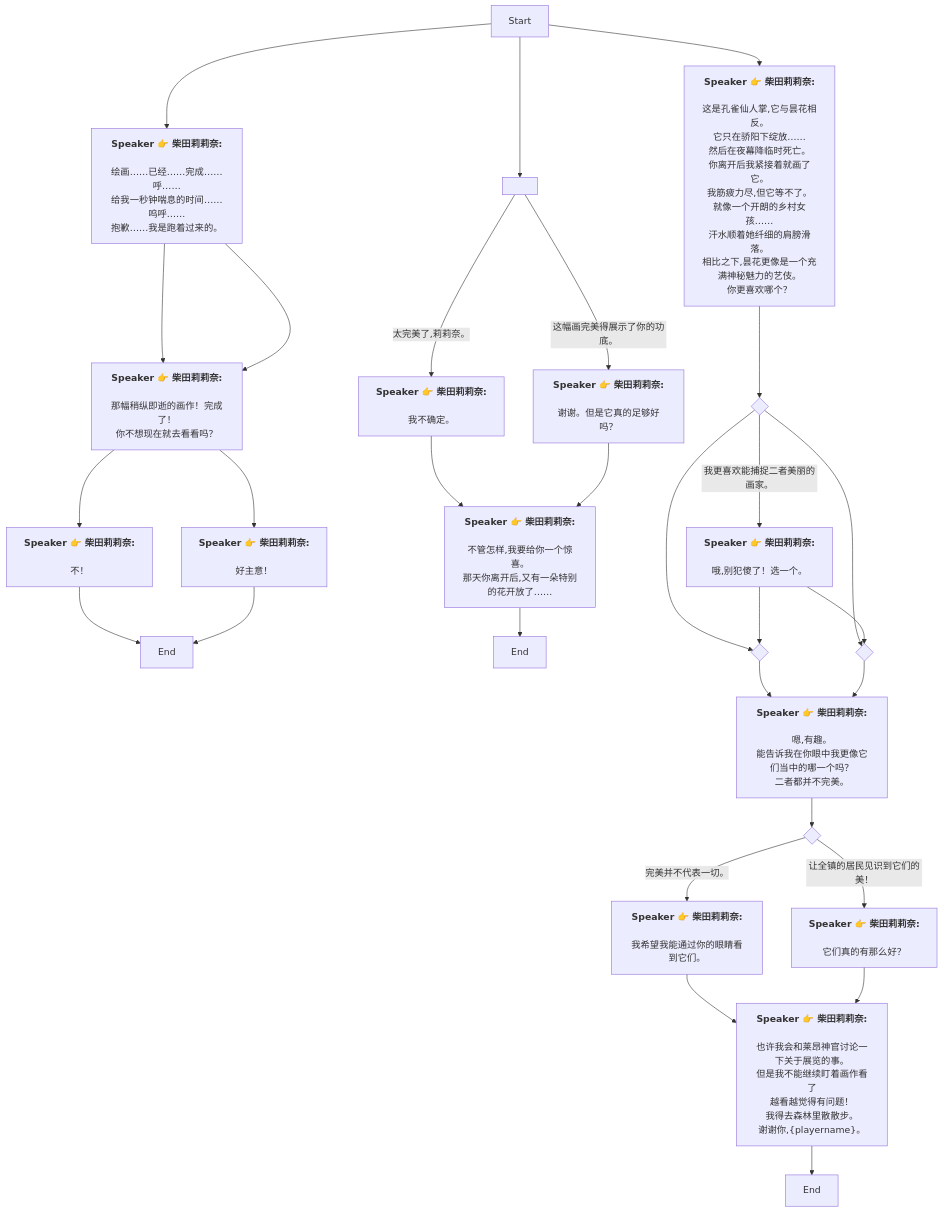
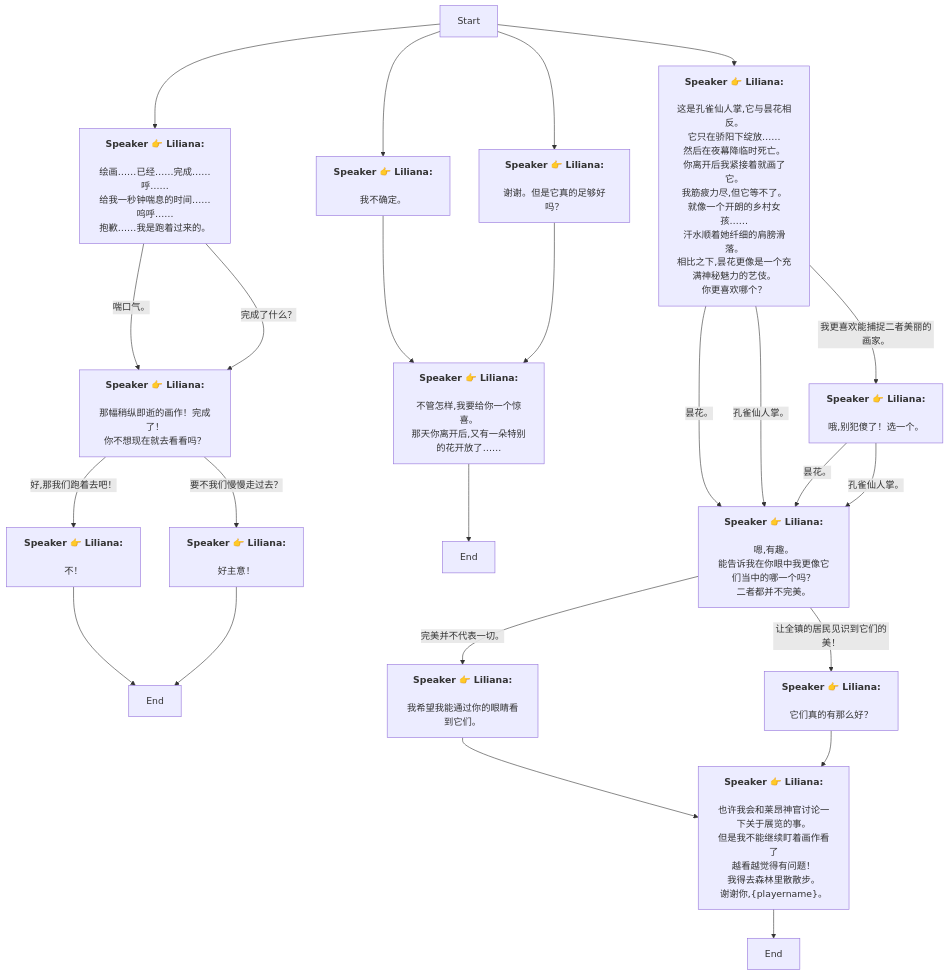
The diagram in Zh/heart_4_2_4_6.md (SoftHu/tos_avg), drawn with Mermaid before and after one commit. The commit also changed 737 other files, not shown here.

````diff
--- a/Zh/heart_4_2_4_6.md
+++ b/Zh/heart_4_2_4_6.md
@@ -1,92 +1,66 @@
 ```mermaid
 graph
-Start -->1768789456595545[<b>Speaker 👉 柴田莉莉奈:</b>
-
-绘画……已经……完成……呼……
+Start -->1768789456595545[<b>Speaker 👉 Liliana:</b>
+\n绘画……已经……完成……呼……
 给我一秒钟喘息的时间……呜呼……
 抱歉……我是跑着过来的。]
-1768789456595545 -->1768789510087263[<b>Speaker 👉 柴田莉莉奈:</b>
-
-那幅稍纵即逝的画作！完成了！
+1768789456595545 -->|喘口气。|1768789510087263[<b>Speaker 👉 Liliana:</b>
+\n那幅稍纵即逝的画作！完成了！
 你不想现在就去看看吗？]
-1768789456595545 -->1768789510087263[<b>Speaker 👉 柴田莉莉奈:</b>
-
-那幅稍纵即逝的画作！完成了！
+1768789456595545 -->|完成了什么？|1768789510087263[<b>Speaker 👉 Liliana:</b>
+\n那幅稍纵即逝的画作！完成了！
 你不想现在就去看看吗？]
-1768789510087263 -->1768789555074661[<b>Speaker 👉 柴田莉莉奈:</b>
-
-不！]
-1768789510087263 -->1768789563720294[<b>Speaker 👉 柴田莉莉奈:</b>
-
-好主意！]
+1768789510087263 -->|好,那我们跑着去吧！|1768789555074661[<b>Speaker 👉 Liliana:</b>
+\n不！]
+1768789510087263 -->|要不我们慢慢走过去？|1768789563720294[<b>Speaker 👉 Liliana:</b>
+\n好主意！]
 1768789555074661 -->1768789571012199[End]
 1768789563720294 -->1768789571012199[End]
-Start -->1768789582635629[ ]
-1768789582635629 -->|太完美了,莉莉奈。|1768789629735536[<b>Speaker 👉 柴田莉莉奈:</b>
-
-我不确定。]
-1768789582635629 -->|这幅画完美得展示了你的功底。|1768789637396081[<b>Speaker 👉 柴田莉莉奈:</b>
-
-谢谢。但是它真的足够好吗？]
-1768789629735536 -->1768789648189042[<b>Speaker 👉 柴田莉莉奈:</b>
-
-不管怎样,我要给你一个惊喜。
+Start -->1768789629735536[<b>Speaker 👉 Liliana:</b>
+\n我不确定。]
+Start -->1768789637396081[<b>Speaker 👉 Liliana:</b>
+\n谢谢。但是它真的足够好吗？]
+1768789629735536 -->1768789648189042[<b>Speaker 👉 Liliana:</b>
+\n不管怎样,我要给你一个惊喜。
 那天你离开后,又有一朵特别的花开放了……]
 1768789648189042 -->1768789667948147[End]
-1768789637396081 -->1768789648189042[<b>Speaker 👉 柴田莉莉奈:</b>
-
-不管怎样,我要给你一个惊喜。
+1768789637396081 -->1768789648189042[<b>Speaker 👉 Liliana:</b>
+\n不管怎样,我要给你一个惊喜。
 那天你离开后,又有一朵特别的花开放了……]
-Start -->1768789682103925[<b>Speaker 👉 柴田莉莉奈:</b>
-
-这是孔雀仙人掌,它与昙花相反。
-它只在骄阳下绽放……
-然后在夜幕降临时死亡。
-你离开后我紧接着就画了它。
-我筋疲力尽,但它等不了。
-就像一个开朗的乡村女孩……
+Start -->1768789682103925[<b>Speaker 👉 Liliana:</b>
+\n这是孔雀仙人掌,它与昙花相反。\n它只在骄阳下绽放……
+然后在夜幕降临时死亡。\n你离开后我紧接着就画了它。
+我筋疲力尽,但它等不了。\n就像一个开朗的乡村女孩……
 汗水顺着她纤细的肩膀滑落。
-相比之下,昙花更像是一个充满神秘魅力的艺伎。
-你更喜欢哪个？]
-1768789682103925 -->1768789752905352{ }
-1768789752905352 -->|我更喜欢能捕捉二者美丽的画家。|1768789777376911[<b>Speaker 👉 柴田莉莉奈:</b>
-
-哦,别犯傻了！选一个。]
-1768789752905352 -->1768789804011159{ }
-1768789752905352 -->1768789837147800{ }
-1768789777376911 -->1768789804011159{ }
-1768789777376911 -->1768789837147800{ }
-1768789804011159 -->1768789854508697[<b>Speaker 👉 柴田莉莉奈:</b>
-
-嗯,有趣。
-能告诉我在你眼中我更像它们当中的哪一个吗？
+相比之下,昙花更像是一个充满神秘魅力的艺伎。\n你更喜欢哪个？]
+1768789682103925 -->|我更喜欢能捕捉二者美丽的画家。|1768789777376911[<b>Speaker 👉 Liliana:</b>
+\n哦,别犯傻了！选一个。]
+1768789682103925 -->|昙花。|1768789854508697[<b>Speaker 👉 Liliana:</b>
+\n嗯,有趣。\n能告诉我在你眼中我更像它们当中的哪一个吗？
 二者都并不完美。]
-1768789854508697 -->1768789884488350{ }
-1768789884488350 -->|完美并不代表一切。|1768789897873055[<b>Speaker 👉 柴田莉莉奈:</b>
-
-我希望我能通过你的眼睛看到它们。]
-1768789884488350 -->|让全镇的居民见识到它们的美！|1768789909116576[<b>Speaker 👉 柴田莉莉奈:</b>
-
-它们真的有那么好？]
-1768789897873055 -->1768789917893281[<b>Speaker 👉 柴田莉莉奈:</b>
-
-也许我会和莱昂神官讨论一下关于展览的事。
+1768789682103925 -->|孔雀仙人掌。|1768789854508697[<b>Speaker 👉 Liliana:</b>
+\n嗯,有趣。\n能告诉我在你眼中我更像它们当中的哪一个吗？
+二者都并不完美。]
+1768789777376911 -->|昙花。|1768789854508697[<b>Speaker 👉 Liliana:</b>
+\n嗯,有趣。\n能告诉我在你眼中我更像它们当中的哪一个吗？
+二者都并不完美。]
+1768789777376911 -->|孔雀仙人掌。|1768789854508697[<b>Speaker 👉 Liliana:</b>
+\n嗯,有趣。\n能告诉我在你眼中我更像它们当中的哪一个吗？
+二者都并不完美。]
+1768789854508697 -->|完美并不代表一切。|1768789897873055[<b>Speaker 👉 Liliana:</b>
+\n我希望我能通过你的眼睛看到它们。]
+1768789854508697 -->|让全镇的居民见识到它们的美！|1768789909116576[<b>Speaker 👉 Liliana:</b>
+\n它们真的有那么好？]
+1768789897873055 -->1768789917893281[<b>Speaker 👉 Liliana:</b>
+\n也许我会和莱昂神官讨论一下关于展览的事。
 但是我不能继续盯着画作看了
-越看越觉得有问题！
-我得去森林里散散步。
+越看越觉得有问题！\n我得去森林里散散步。
 谢谢你,&lbrace;playername&rbrace;。]
 1768789917893281 -->1768789958068898[End]
-1768789909116576 -->1768789917893281[<b>Speaker 👉 柴田莉莉奈:</b>
+1768789909116576 -->1768789917893281[<b>Speaker 👉 Liliana:</b>
+\n也许我会和莱昂神官讨论一下关于展览的事。
+但是我不能继续盯着画作看了
+越看越觉得有问题！\n我得去森林里散散步。
+谢谢你,&lbrace;playername&rbrace;。]
 
-也许我会和莱昂神官讨论一下关于展览的事。
-但是我不能继续盯着画作看了
-越看越觉得有问题！
-我得去森林里散散步。
-谢谢你,&lbrace;playername&rbrace;。]
-1768789837147800 -->1768789854508697[<b>Speaker 👉 柴田莉莉奈:</b>
-
-嗯,有趣。
-能告诉我在你眼中我更像它们当中的哪一个吗？
-二者都并不完美。]
-
- ```
+```
````
